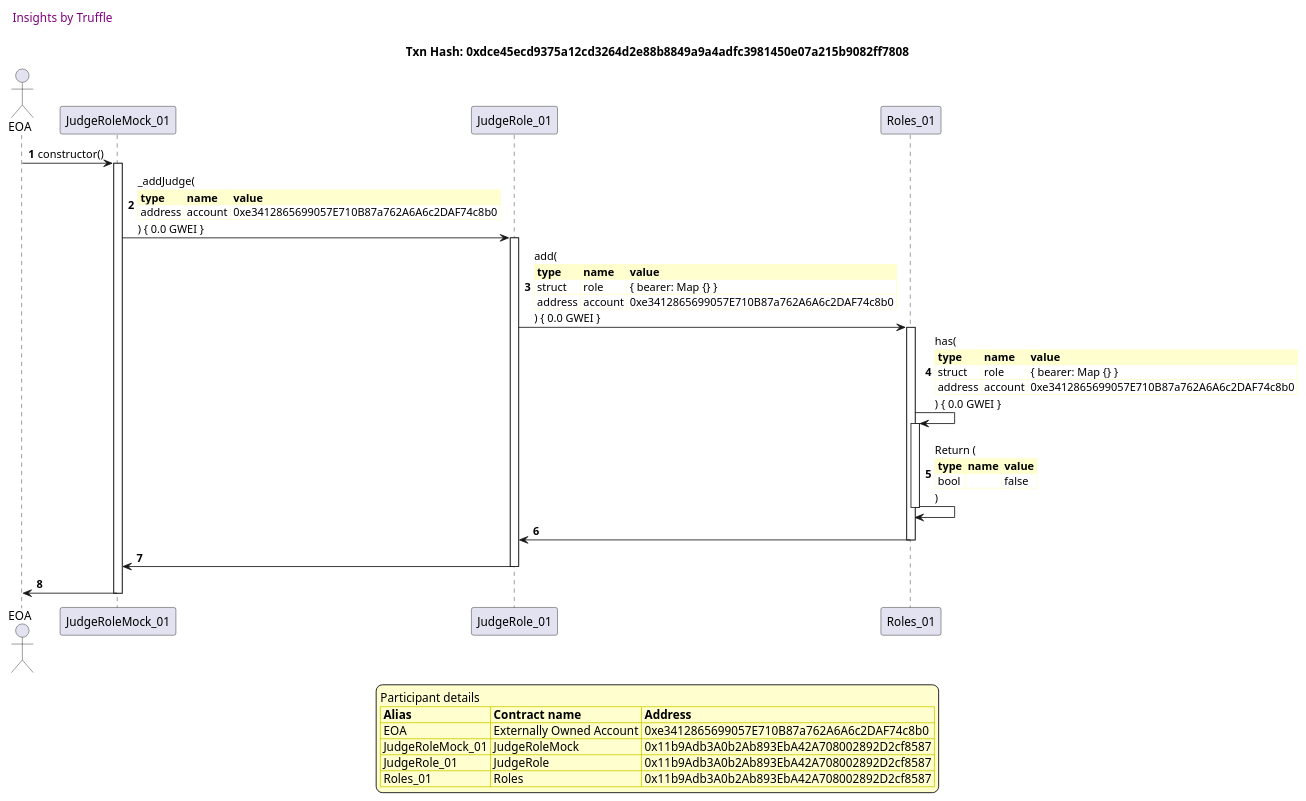
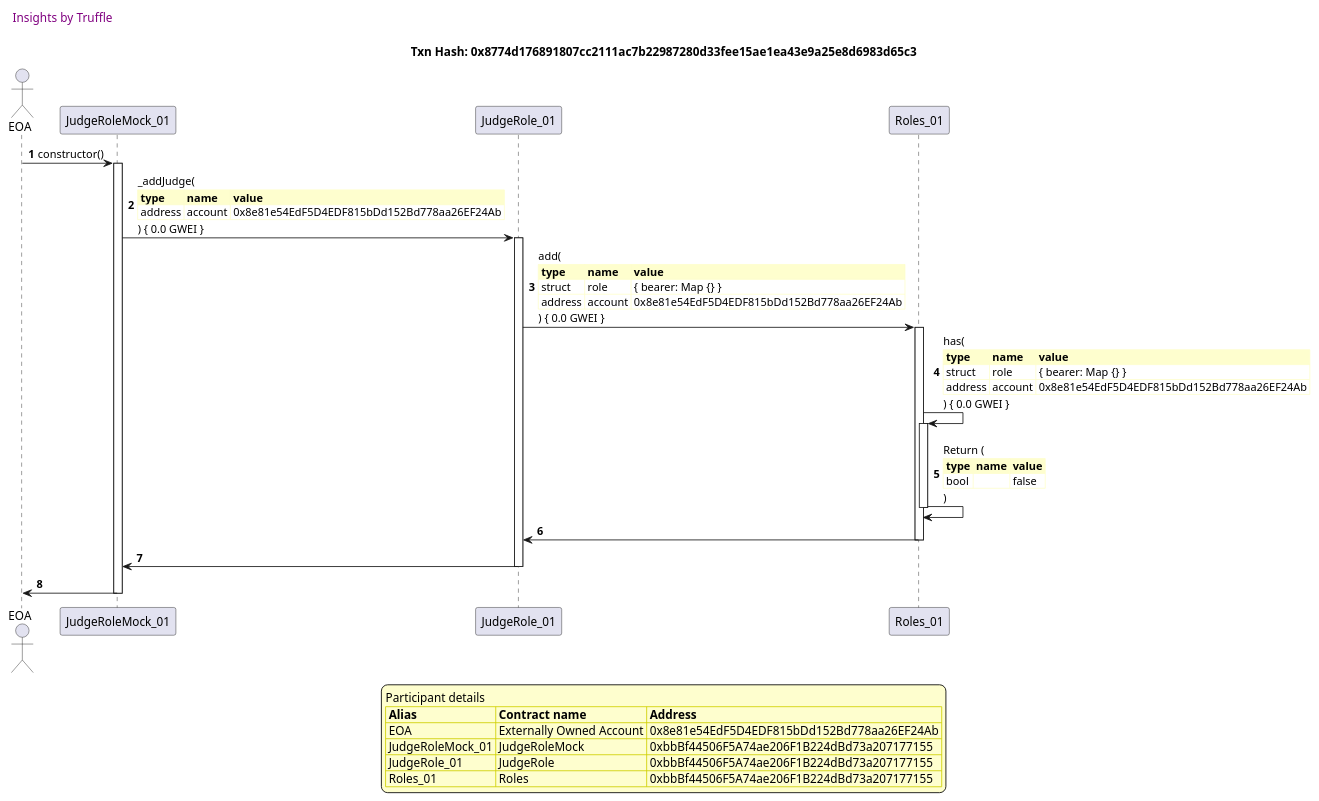
One commit to fodisi/hackapay changed the seventh of 41 diagrams in truffle-seq/roles_judgerole.md. Above: the diagram before and after it, drawn with PlantUML. The commit also changed other lines of this file and 10 other files, not shown here.

````diff
--- a/truffle-seq/roles_judgerole.md
+++ b/truffle-seq/roles_judgerole.md
@@ -490,61 +490,61 @@
 ```plantuml
 
 
 @startuml
 
 autonumber
 skinparam legendBackgroundColor #FEFECE
 
 <style>
       header {
         HorizontalAlignment left
         FontColor purple
         FontSize 14
         Padding 10
       }
     </style>
 
 header Insights by Truffle
 
-title Txn Hash: 0xdce45ecd9375a12cd3264d2e88b8849a9a4adfc3981450e07a215b9082ff7808
+title Txn Hash: 0x8774d176891807cc2111ac7b22987280d33fee15ae1ea43e9a25e8d6983d65c3
 
 
 actor EOA as "EOA"
 participant JudgeRoleMock_01 as "JudgeRoleMock_01"
 participant JudgeRole_01 as "JudgeRole_01"
 participant Roles_01 as "Roles_01"
 
 "EOA" -> "JudgeRoleMock_01" ++: constructor()
 "JudgeRoleMock_01" -> "JudgeRole_01" ++: _addJudge(\n\
 <#FEFECE,#FEFECE>|= type |= name |= value |\n\
-| address | account | 0xe3412865699057E710B87a762A6A6c2DAF74c8b0 |\n\
+| address | account | 0x8e81e54EdF5D4EDF815bDd152Bd778aa26EF24Ab |\n\
 ) { 0.0 GWEI }
 "JudgeRole_01" -> "Roles_01" ++: add(\n\
 <#FEFECE,#FEFECE>|= type |= name |= value |\n\
 | struct | role | { bearer: Map {} } |\n\
-| address | account | 0xe3412865699057E710B87a762A6A6c2DAF74c8b0 |\n\
+| address | account | 0x8e81e54EdF5D4EDF815bDd152Bd778aa26EF24Ab |\n\
 ) { 0.0 GWEI }
 "Roles_01" -> "Roles_01" ++: has(\n\
 <#FEFECE,#FEFECE>|= type |= name |= value |\n\
 | struct | role | { bearer: Map {} } |\n\
-| address | account | 0xe3412865699057E710B87a762A6A6c2DAF74c8b0 |\n\
+| address | account | 0x8e81e54EdF5D4EDF815bDd152Bd778aa26EF24Ab |\n\
 ) { 0.0 GWEI }
 "Roles_01" -> "Roles_01" --: Return (\n\
 <#FEFECE,#FEFECE>|= type |= name |= value |\n\
 | bool |  | false |\n\
 )
 "Roles_01" -> "JudgeRole_01" --: 
 "JudgeRole_01" -> "JudgeRoleMock_01" --: 
 "JudgeRoleMock_01" -> "EOA" --: 
 
 legend
 Participant details
 <#FEFECE,#D0D000>|= Alias |= Contract name |= Address |
-<#FEFECE>| EOA | Externally Owned Account | 0xe3412865699057E710B87a762A6A6c2DAF74c8b0 |
-<#FEFECE>| JudgeRoleMock_01 | JudgeRoleMock | 0x11b9Adb3A0b2Ab893EbA42A708002892D2cf8587 |
-<#FEFECE>| JudgeRole_01 | JudgeRole | 0x11b9Adb3A0b2Ab893EbA42A708002892D2cf8587 |
-<#FEFECE>| Roles_01 | Roles | 0x11b9Adb3A0b2Ab893EbA42A708002892D2cf8587 |
+<#FEFECE>| EOA | Externally Owned Account | 0x8e81e54EdF5D4EDF815bDd152Bd778aa26EF24Ab |
+<#FEFECE>| JudgeRoleMock_01 | JudgeRoleMock | 0xbbBf44506F5A74ae206F1B224dBd73a207177155 |
+<#FEFECE>| JudgeRole_01 | JudgeRole | 0xbbBf44506F5A74ae206F1B224dBd73a207177155 |
+<#FEFECE>| Roles_01 | Roles | 0xbbBf44506F5A74ae206F1B224dBd73a207177155 |
 endlegend
 
 @enduml
 ```
````
